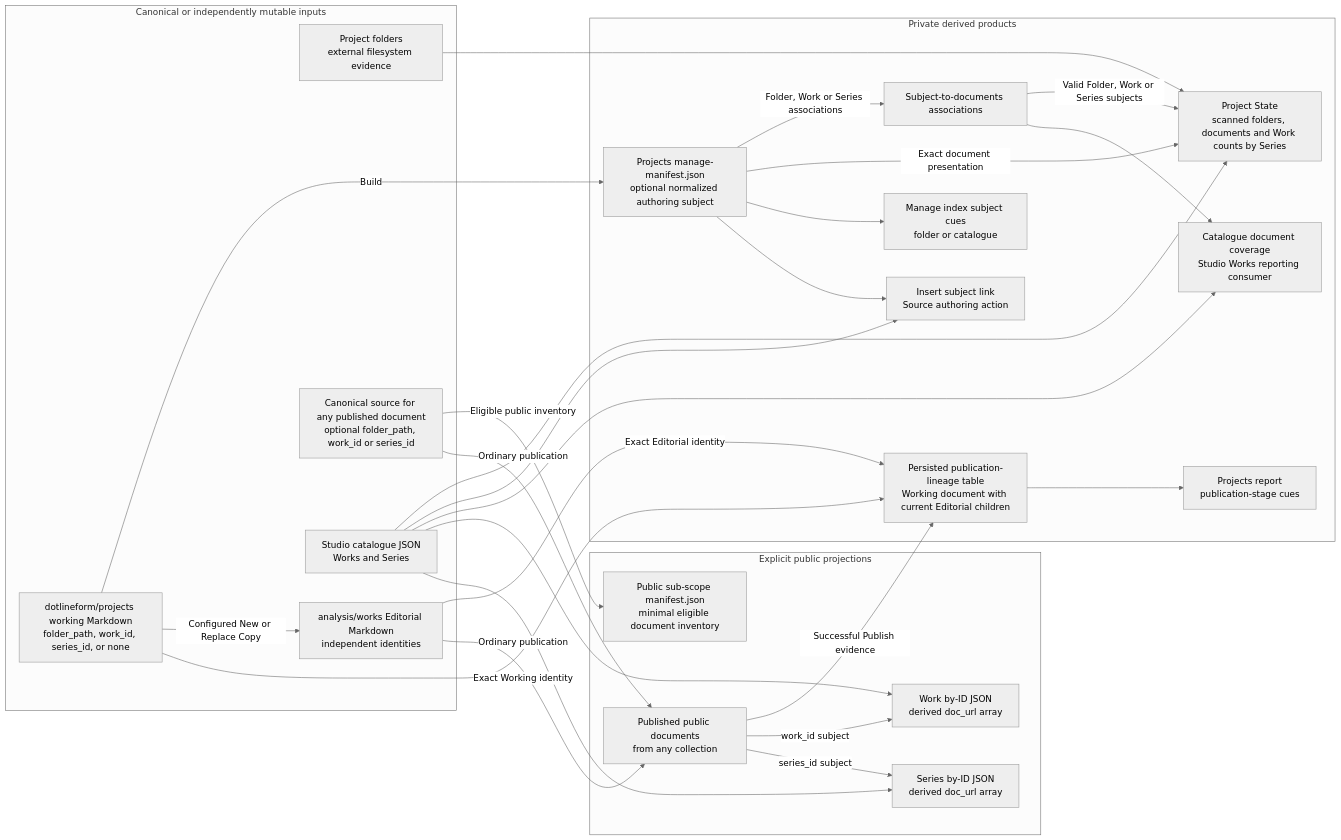
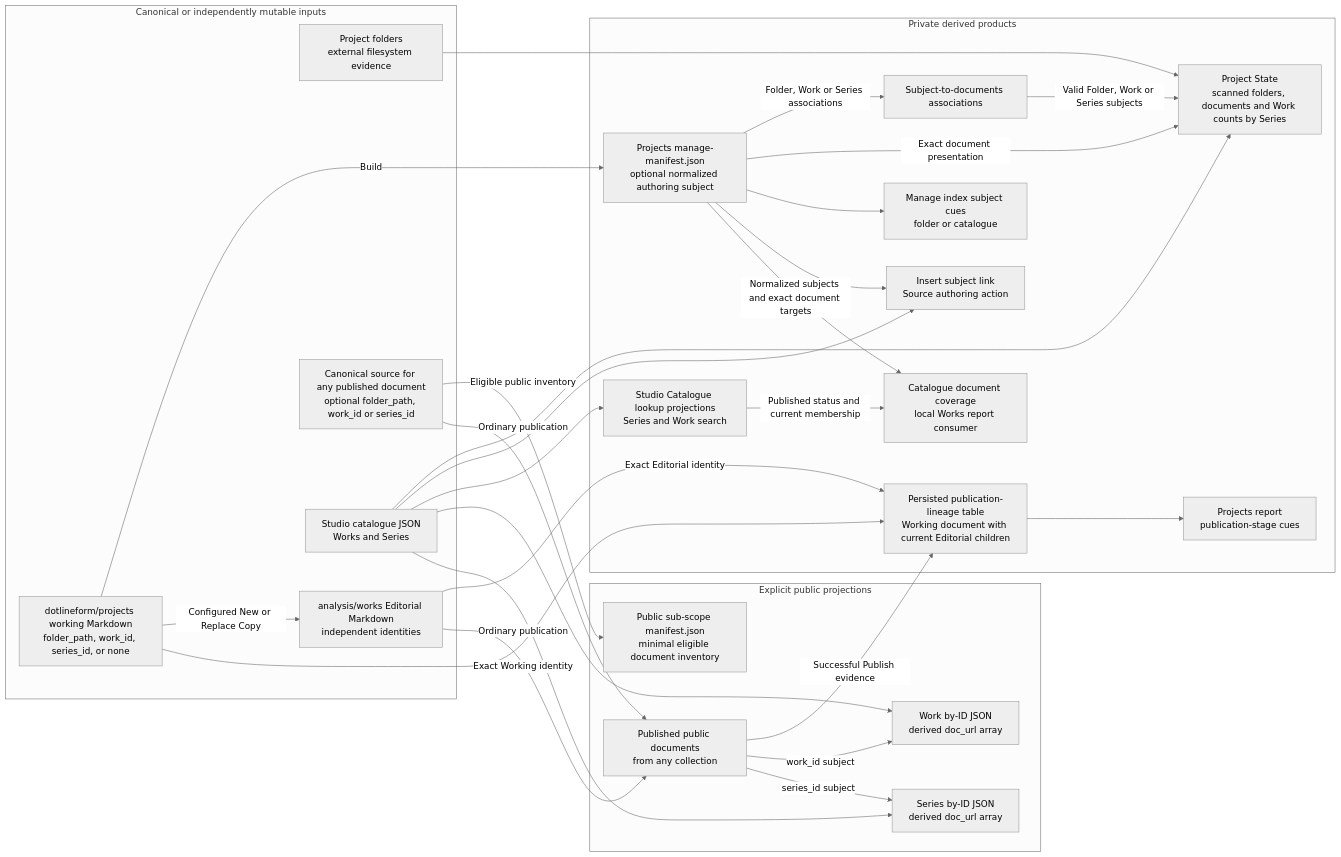
The first of 3 diagrams in docs-viewer/scopes/studio/source/documents/d-20260802-194358-7717ee.md (dotlineform/dotlineform-site), drawn with Mermaid (neutral theme) before and after one commit. The commit also changed other lines of this file and 12 other files, not shown here.

````diff
--- a/docs-viewer/scopes/studio/source/documents/d-20260802-194358-7717ee.md
+++ b/docs-viewer/scopes/studio/source/documents/d-20260802-194358-7717ee.md
@@ -21,55 +21,57 @@
 ```mermaid
 flowchart LR
     accTitle: Sub-Scope Publishing ownership and projection map
     accDescr: Canonical document source, canonical Studio JSON, and external folder evidence feed private manifests and focused products; documents published through ordinary configured workflows enter explicit public projections.
 
     subgraph inputs["Canonical or independently mutable inputs"]
         folders["Project folders<br/>external filesystem evidence"]
         projectDocs["dotlineform/projects working Markdown<br/>folder_path, work_id, series_id, or none"]
         editorialDocs["analysis/works Editorial Markdown<br/>independent identities"]
         publicSourceDocs["Canonical source for any published document<br/>optional folder_path, work_id or series_id"]
         catalogue["Studio catalogue JSON<br/>Works and Series"]
     end
 
     subgraph private["Private derived products"]
         projectManifest["Projects manage-manifest.json<br/>optional normalized authoring subject"]
         associations["Subject-to-documents associations"]
+        catalogueLookup["Studio Catalogue lookup projections<br/>Series and Work search"]
         projectState["Project State<br/>scanned folders, documents and Work counts by Series"]
         manageCues["Manage index subject cues<br/>folder or catalogue"]
-        coverageReport["Catalogue document coverage<br/>Studio Works reporting consumer"]
+        coverageReport["Catalogue document coverage<br/>local Works report consumer"]
         subjectLink["Insert subject link<br/>Source authoring action"]
         publicationLineage["Persisted publication-lineage table<br/>Working document with current Editorial children"]
         publicationCues["Projects report<br/>publication-stage cues"]
     end
 
     subgraph public["Explicit public projections"]
         publicManifest["Public sub-scope manifest.json<br/>minimal eligible document inventory"]
         publishedDocs["Published public documents<br/>from any collection"]
         workPayload["Work by-ID JSON<br/>derived doc_url array"]
         seriesPayload["Series by-ID JSON<br/>derived doc_url array"]
     end
 
     projectDocs -->|"Build"| projectManifest
     projectManifest -->|"Folder, Work or Series associations"| associations
     folders --> projectState
     catalogue --> projectState
     projectManifest -->|"Exact document presentation"| projectState
     associations -->|"Valid Folder, Work or Series subjects"| projectState
     projectManifest --> manageCues
     projectManifest --> subjectLink
     catalogue --> subjectLink
-    associations --> coverageReport
-    catalogue --> coverageReport
+    catalogue --> catalogueLookup
+    projectManifest -->|"Normalized subjects and exact document targets"| coverageReport
+    catalogueLookup -->|"Published status and current membership"| coverageReport
     projectDocs -->|"Configured New or Replace Copy"| editorialDocs
     projectDocs -->|"Exact Working identity"| publicationLineage
     editorialDocs -->|"Exact Editorial identity"| publicationLineage
     publicationLineage --> publicationCues
     publicSourceDocs -->|"Eligible public inventory"| publicManifest
     publicSourceDocs -->|"Ordinary publication"| publishedDocs
     editorialDocs -->|"Ordinary publication"| publishedDocs
     publishedDocs -->|"Successful Publish evidence"| publicationLineage
     publishedDocs -->|"work_id subject"| workPayload
     publishedDocs -->|"series_id subject"| seriesPayload
     catalogue --> workPayload
     catalogue --> seriesPayload
 ```
````
